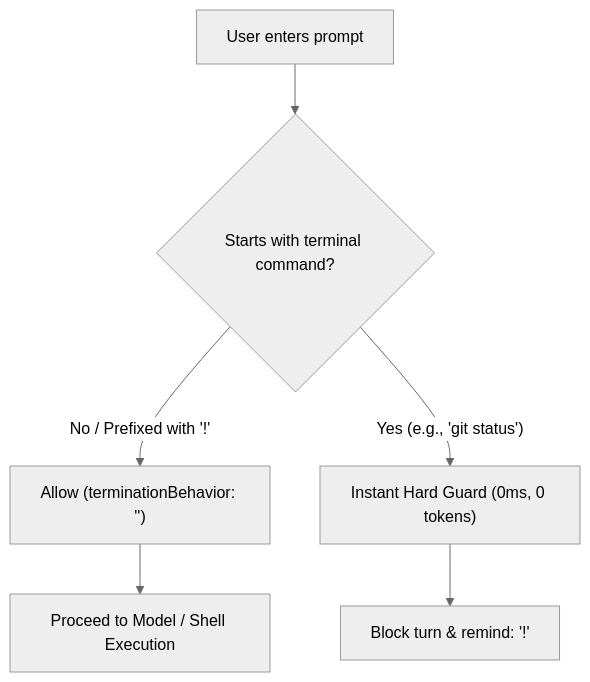
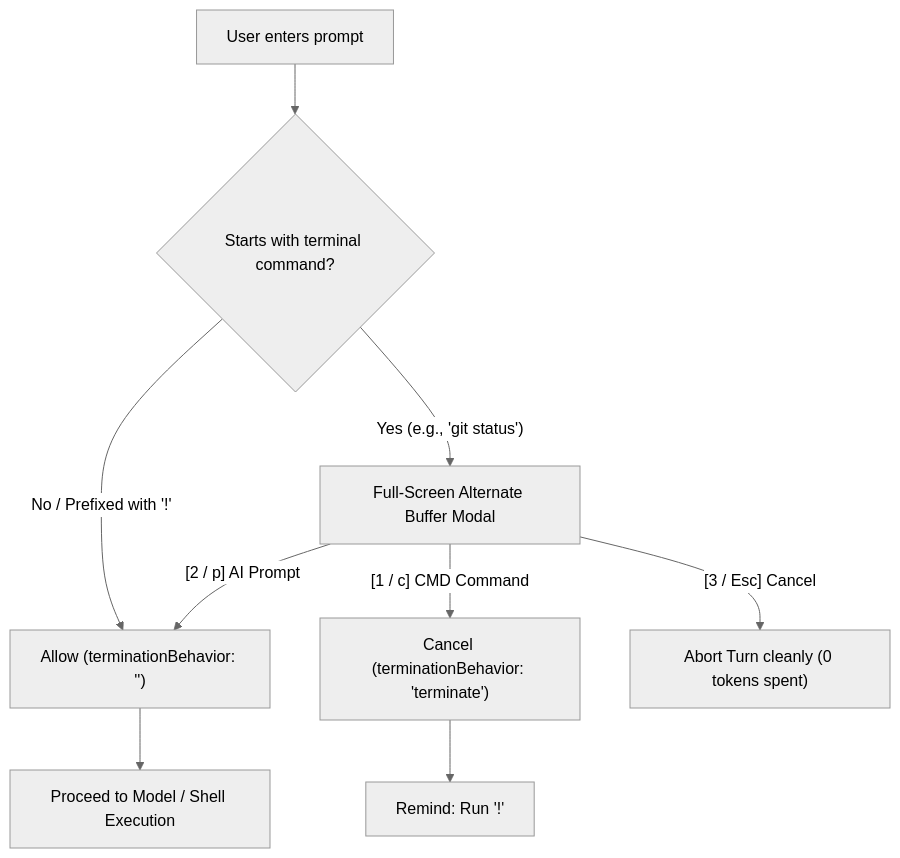
The diagram in README.md (adublanche/antigravity-bash-guard), drawn with Mermaid (neutral theme) before and after one commit. The commit also changed other lines of this file and 1 other file, not shown here.

Commit message:
feat: implement full-screen alternate buffer interactive modal

````diff
--- a/README.md
+++ b/README.md
@@ -45,7 +61,9 @@
 ```mermaid
 flowchart TD
     A[User enters prompt] --> B{Starts with terminal command?}
     B -- "No / Prefixed with '!'" --> C["Allow (terminationBehavior: '')"] --> D[Proceed to Model / Shell Execution]
-    B -- "Yes (e.g., 'git status')" --> E["Instant Hard Guard (0ms, 0 tokens)"]
-    E --> F["Block turn & remind: '!<prompt>'"]
+    B -- "Yes (e.g., 'git status')" --> E["Full-Screen Alternate Buffer Modal"]
+    E -- "[2 / p] AI Prompt" --> C
+    E -- "[1 / c] CMD Command" --> F["Cancel (terminationBehavior: 'terminate')"] --> G["Remind: Run '!<cmd>'"]
+    E -- "[3 / Esc] Cancel" --> H["Abort Turn cleanly (0 tokens spent)"]
 ```
````
